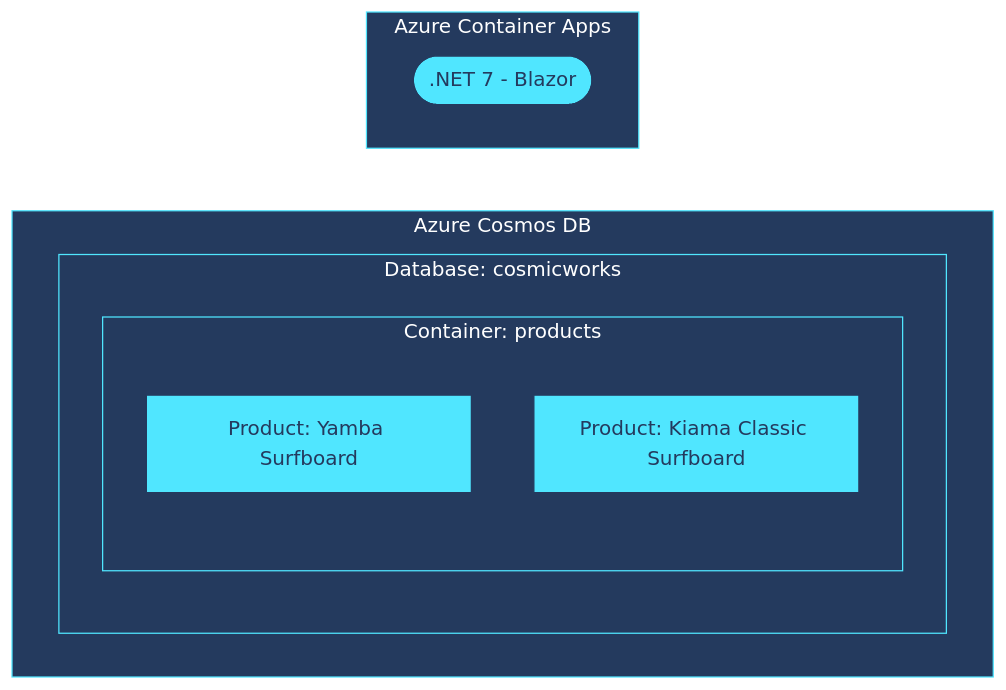
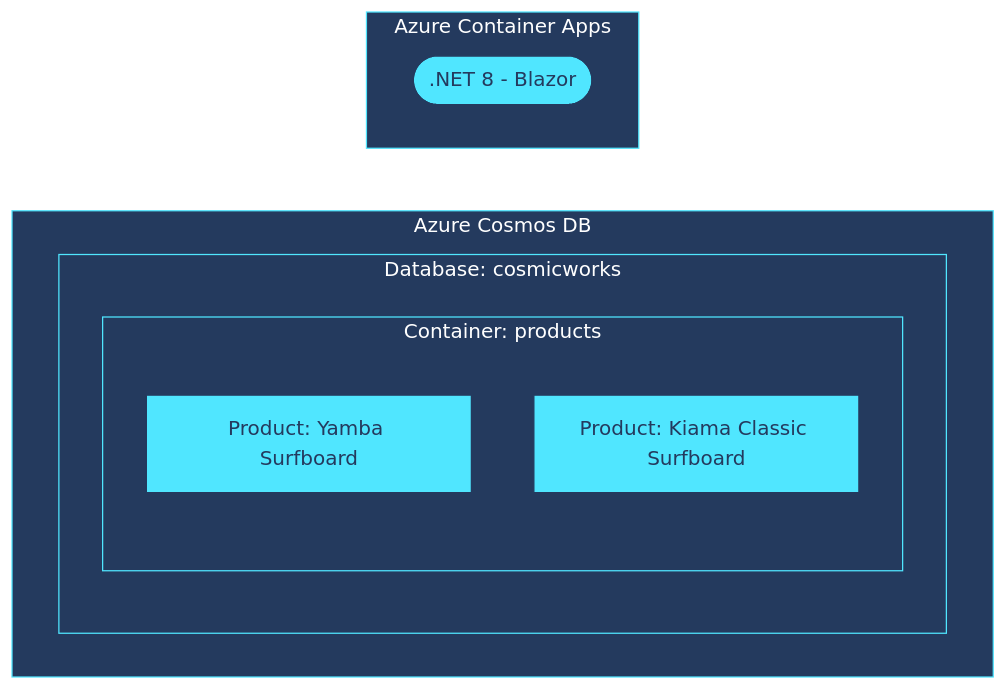
The diagram in readme.md (Azure-Samples/cosmos-db-nosql-dotnet-quickstart), drawn with Mermaid before and after one commit. The commit also changed other lines of this file, not shown here.

````diff
--- a/readme.md
+++ b/readme.md
@@ -50,16 +51,16 @@
 ```mermaid
 %%{ init: { 'theme': 'base', 'themeVariables': { 'background': '#243A5E', 'primaryColor': '#50E6FF', 'primaryBorderColor': '#243A5E', 'tertiaryBorderColor': '#50E6FF', 'tertiaryColor': '#243A5E', 'fontFamily': 'Segoe UI', 'lineColor': '#FFFFFF', 'primaryTextColor': '#243A5E', 'tertiaryTextColor': '#FFFFFF' } }}%%
 flowchart TB
     subgraph web-app[Azure Container Apps]
-        app-framework([.NET 7 - Blazor])
+        app-framework([.NET 8 - Blazor])
     end
     subgraph cosmos-db[Azure Cosmos DB]
         subgraph database-cosmicworks[Database: cosmicworks]
             subgraph container-products[Container: products]
                 prd-yamba[Product: Yamba Surfboard]
                 prd-kiama-classic[Product: Kiama Classic Surfboard]
             end
         end
     end
     web-app --> cosmos-db
 ```
````
